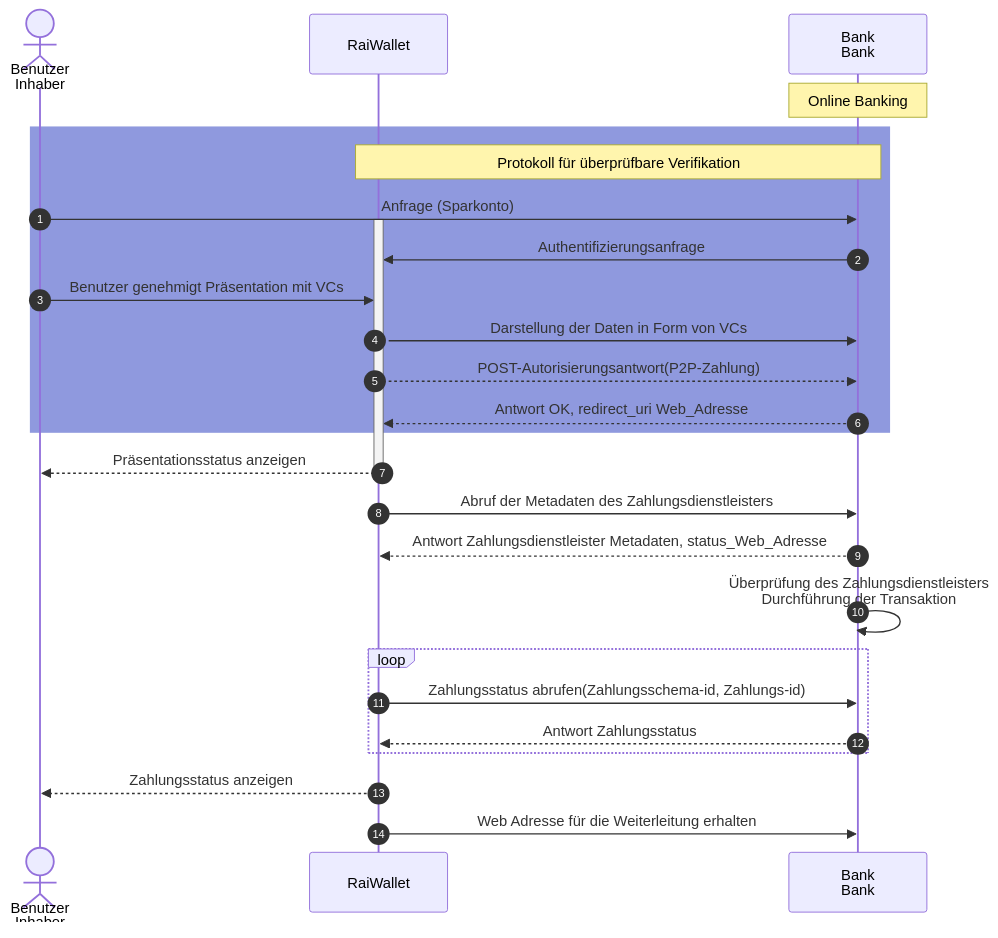
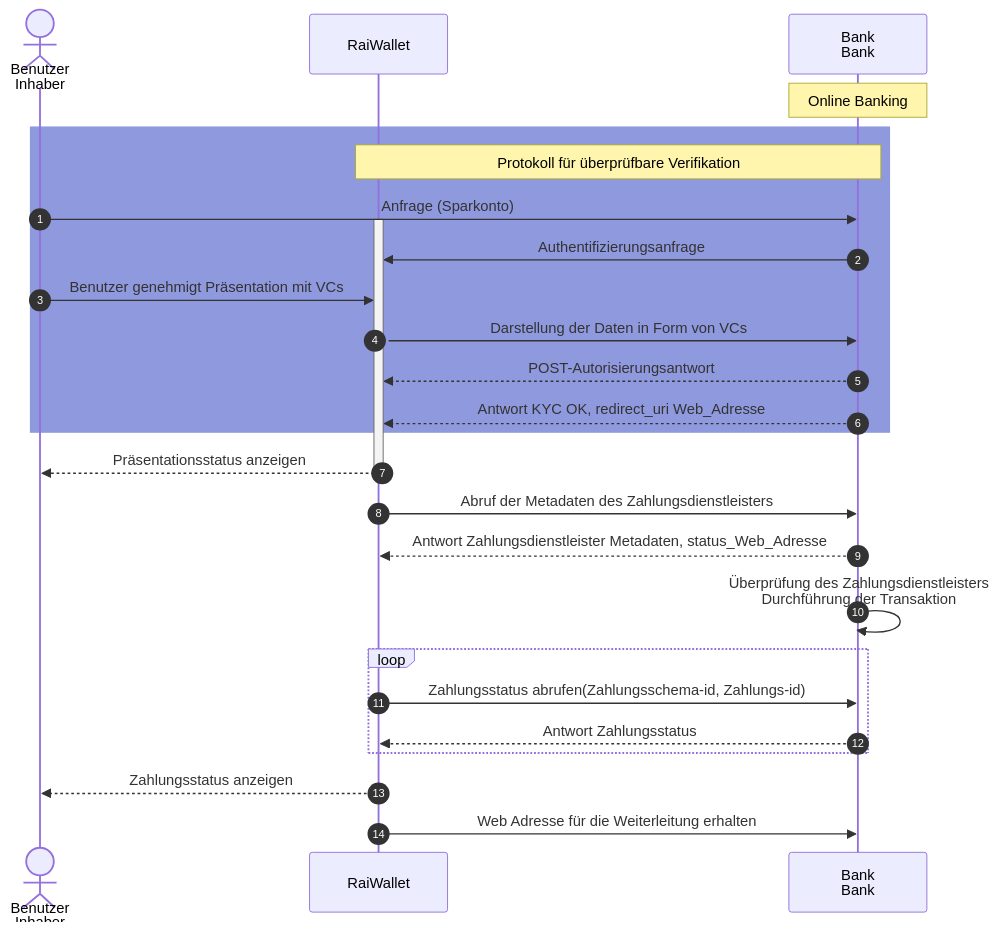
The diagram in readme1.md (frogman/tomcat), drawn with Mermaid before and after one commit.

````diff
--- a/readme1.md
+++ b/readme1.md
@@ -1,33 +1,33 @@
 ```mermaid
 
 sequenceDiagram
     autonumber
     actor user as Benutzer<br/>Inhaber
     participant wallet as RaiWallet 
     participant psp as Bank<br/>Bank
 
     Note over psp: Online Banking
     rect rgb(143, 153, 222)
     note over wallet, psp: Protokoll für überprüfbare Verifikation
     user ->> psp: Anfrage (Sparkonto)
     activate wallet
     psp ->> wallet: Authentifizierungsanfrage
     user ->> wallet: Benutzer genehmigt Präsentation mit VCs
     wallet ->> psp: Darstellung der Daten in Form von VCs
-    wallet -->> psp: POST-Autorisierungsantwort(P2P-Zahlung)
-    psp -->> wallet: Antwort OK, redirect_uri Web_Adresse
+    psp -->> wallet: POST-Autorisierungsantwort
+    psp -->> wallet: Antwort KYC OK, redirect_uri Web_Adresse
     end
     wallet -->> user: Präsentationsstatus anzeigen
     deactivate wallet
     wallet ->> psp: Abruf der Metadaten des Zahlungsdienstleisters
     psp -->> wallet: Antwort Zahlungsdienstleister Metadaten, status_Web_Adresse
     psp ->> psp: Überprüfung des Zahlungsdienstleisters <br/> Durchführung der Transaktion
     loop
     wallet ->> psp: Zahlungsstatus abrufen(Zahlungsschema-id, Zahlungs-id)
 
     psp -->> wallet: Antwort Zahlungsstatus 
     end
     wallet -->> user: Zahlungsstatus anzeigen
     wallet ->> psp: Web Adresse für die Weiterleitung erhalten
 
 ```
````
